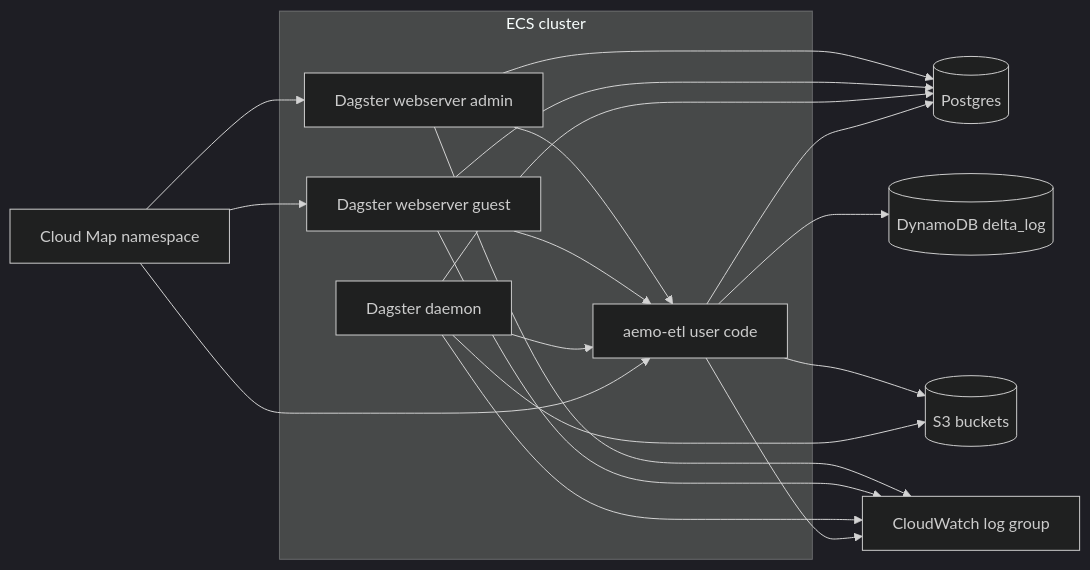
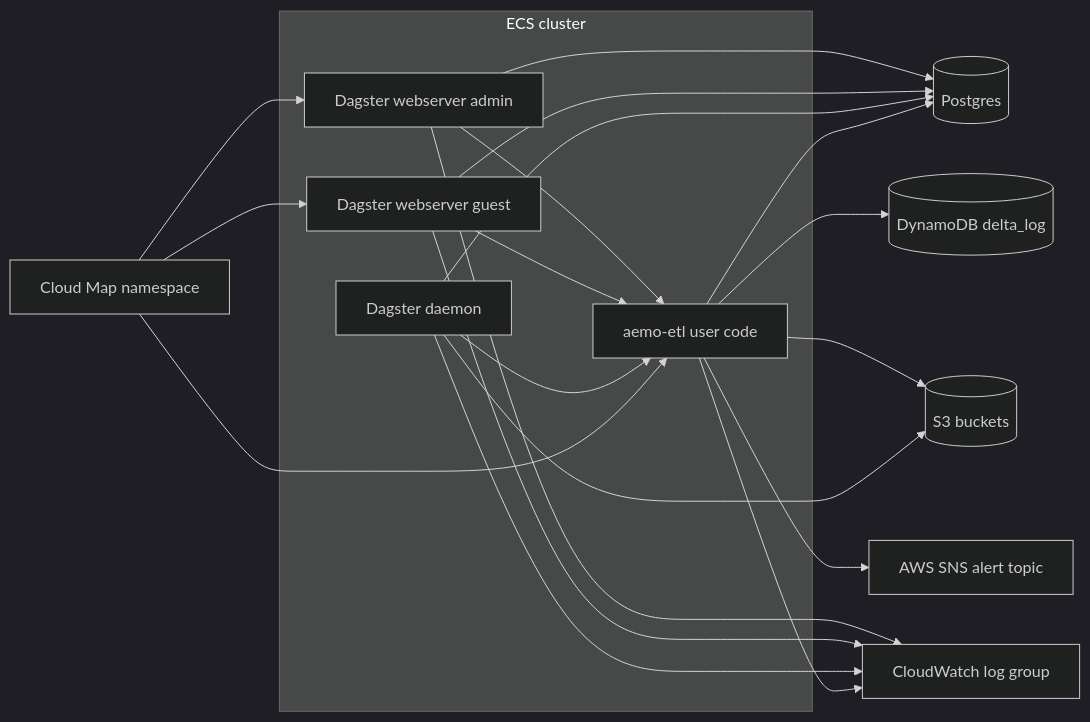
The second of 2 diagrams in infrastructure/aws-pulumi/docs/runtime.md (Chr1sC0de/energy-market-delta-lake), drawn with Mermaid (dark theme) before and after one commit. The commit also changed other lines of this file and 21 other files, not shown here.

````diff
--- a/infrastructure/aws-pulumi/docs/runtime.md
+++ b/infrastructure/aws-pulumi/docs/runtime.md
@@ -64,33 +64,35 @@
 ```mermaid
 flowchart LR
     subgraph Cluster[ECS cluster]
         WEBADMIN[Dagster webserver admin]
         WEBGUEST[Dagster webserver guest]
         DAEMON[Dagster daemon]
         UCODE[aemo-etl user code]
     end
 
     LOGS[CloudWatch log group]
     PG[(Postgres)]
     DDB[(DynamoDB delta_log)]
     S3[(S3 buckets)]
+    SNS[AWS SNS alert topic]
     CM[Cloud Map namespace]
 
     WEBADMIN --> UCODE
     WEBGUEST --> UCODE
     DAEMON --> UCODE
     WEBADMIN --> PG
     WEBGUEST --> PG
     DAEMON --> PG
     UCODE --> PG
     UCODE --> DDB
     UCODE --> S3
+    UCODE --> SNS
     DAEMON --> S3
     CM --> WEBADMIN
     CM --> WEBGUEST
     CM --> UCODE
     WEBADMIN --> LOGS
     WEBGUEST --> LOGS
     DAEMON --> LOGS
     UCODE --> LOGS
 ```
````
